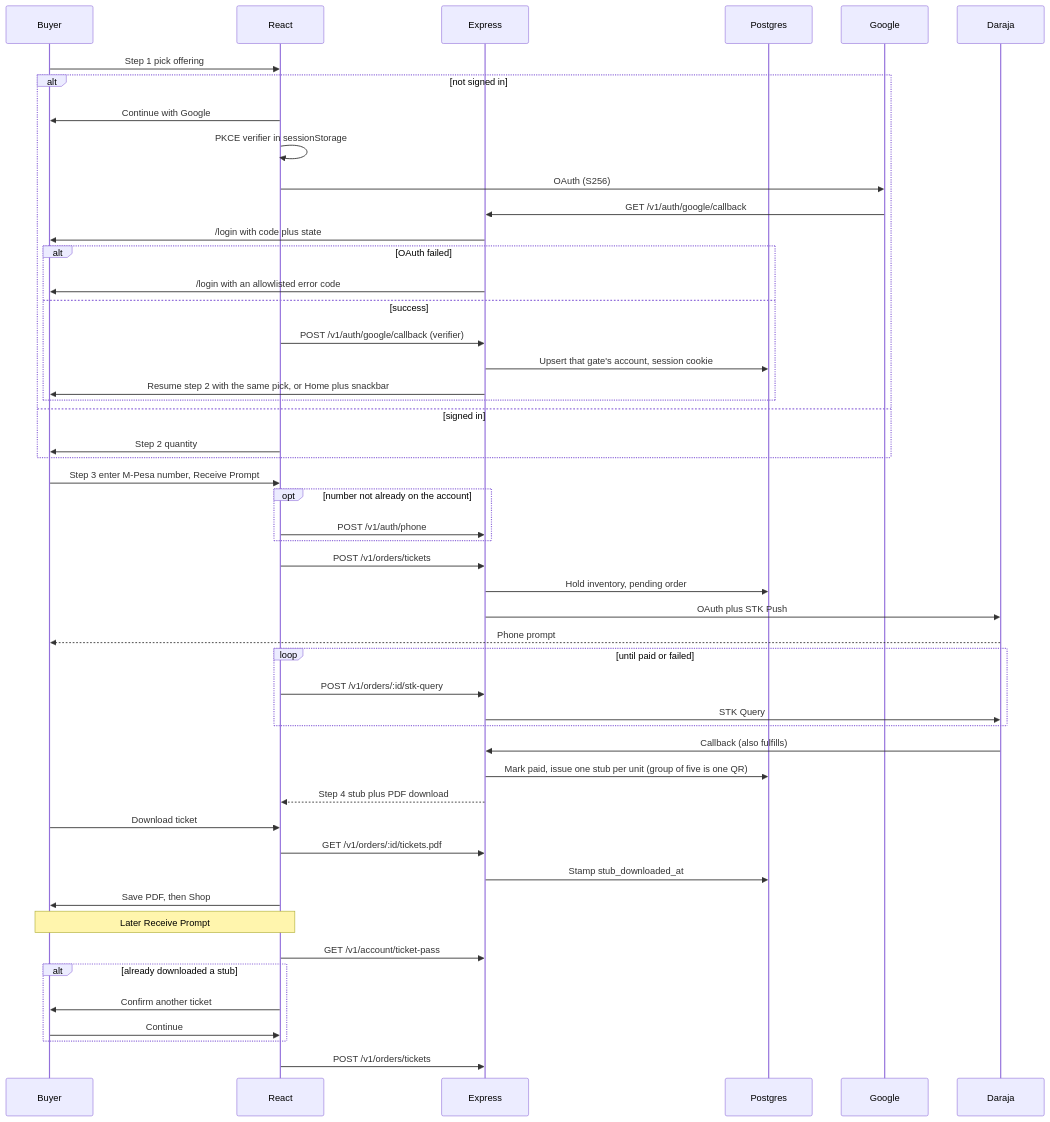
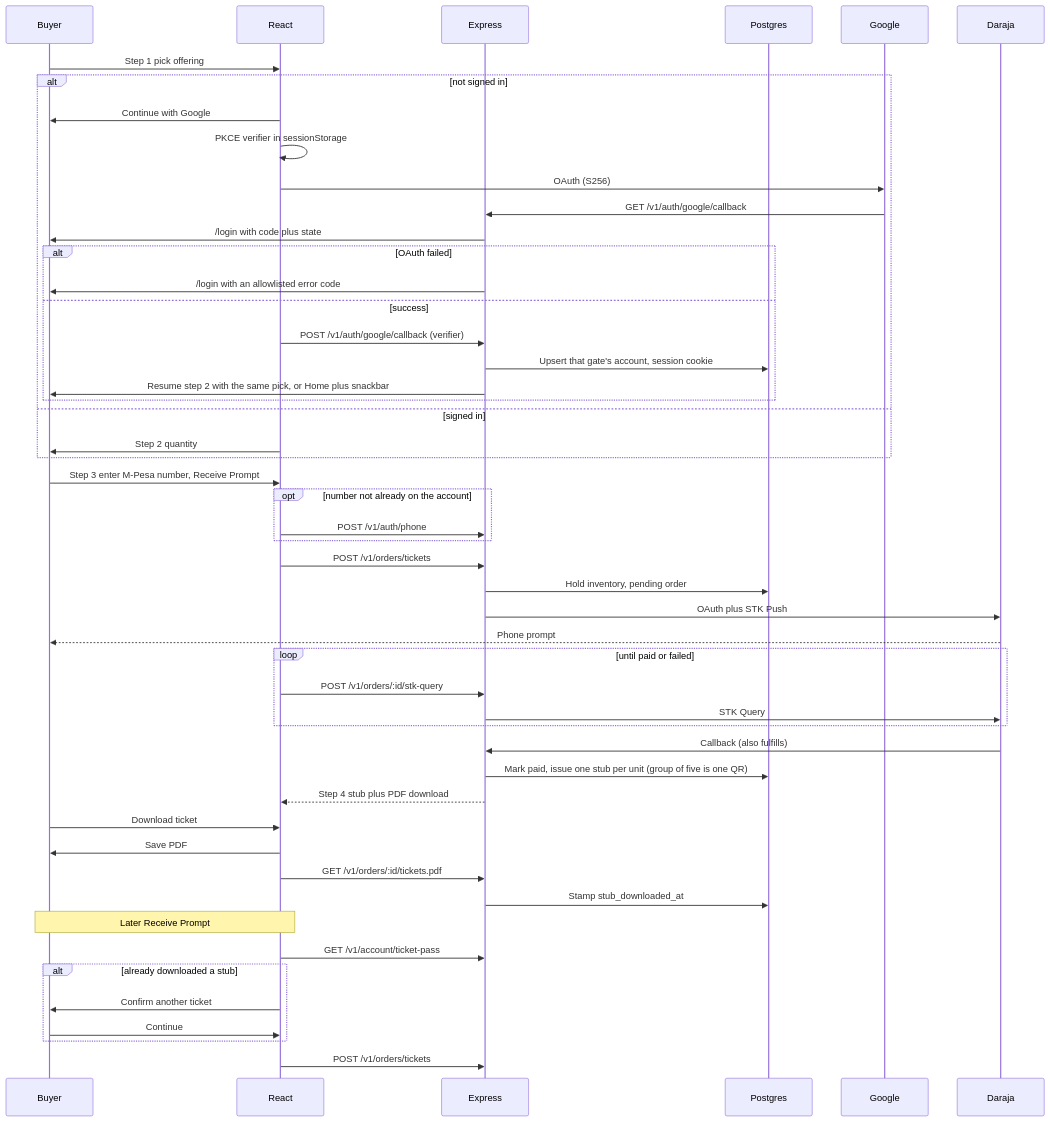
The second of 4 diagrams in README.md (kakaiking/Sherehe), drawn with Mermaid before and after one commit. The commit also changed other lines of this file and 83 other files, not shown here.

````diff
--- a/README.md
+++ b/README.md
@@ -144,52 +144,52 @@
 ```mermaid
 sequenceDiagram
   participant Buyer
   participant React
   participant Express
   participant Postgres
   participant Google
   participant Daraja
   Buyer->>React: Step 1 pick offering
   alt not signed in
     React->>Buyer: Continue with Google
     React->>React: PKCE verifier in sessionStorage
     React->>Google: OAuth (S256)
     Google->>Express: GET /v1/auth/google/callback
     Express->>Buyer: /login with code plus state
     alt OAuth failed
       Express->>Buyer: /login with an allowlisted error code
     else success
       React->>Express: POST /v1/auth/google/callback (verifier)
       Express->>Postgres: Upsert that gate's account, session cookie
       Express->>Buyer: Resume step 2 with the same pick, or Home plus snackbar
     end
   else signed in
     React->>Buyer: Step 2 quantity
   end
   Buyer->>React: Step 3 enter M-Pesa number, Receive Prompt
   opt number not already on the account
     React->>Express: POST /v1/auth/phone
   end
   React->>Express: POST /v1/orders/tickets
   Express->>Postgres: Hold inventory, pending order
   Express->>Daraja: OAuth plus STK Push
   Daraja-->>Buyer: Phone prompt
   loop until paid or failed
     React->>Express: POST /v1/orders/:id/stk-query
     Express->>Daraja: STK Query
   end
   Daraja->>Express: Callback (also fulfills)
   Express->>Postgres: Mark paid, issue one stub per unit (group of five is one QR)
   Express-->>React: Step 4 stub plus PDF download
   Buyer->>React: Download ticket
+  React->>Buyer: Save PDF
   React->>Express: GET /v1/orders/:id/tickets.pdf
   Express->>Postgres: Stamp stub_downloaded_at
-  React->>Buyer: Save PDF, then Shop
   Note over Buyer,React: Later Receive Prompt
   React->>Express: GET /v1/account/ticket-pass
   alt already downloaded a stub
     React->>Buyer: Confirm another ticket
     Buyer->>React: Continue
   end
   React->>Express: POST /v1/orders/tickets
 ```
````
